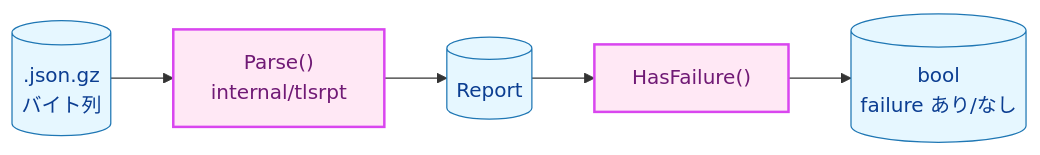
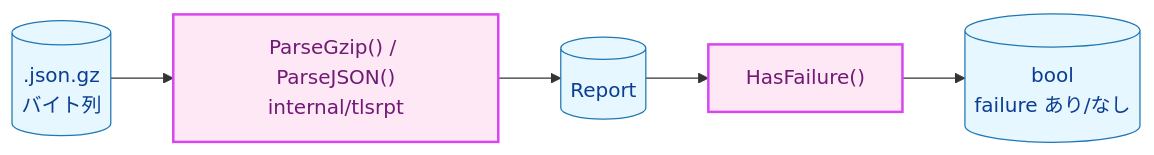
One commit to isseis/tlsrpt-digest changed the first of 7 diagrams in docs/tasks/0020_tlsrpt/02_architecture.md. Above: the diagram before and after it, drawn with Mermaid. The commit also changed other lines of this file and 1 other file, not shown here.

First line of the commit message:
docs(task 0020): fix stale Parse() references and test names in docs

````diff
--- a/docs/tasks/0020_tlsrpt/02_architecture.md
+++ b/docs/tasks/0020_tlsrpt/02_architecture.md
@@ -26,19 +26,19 @@
 ```mermaid
 flowchart LR
     classDef data fill:#e6f7ff,stroke:#1f77b4,stroke-width:1px,color:#0b3d91;
     classDef process fill:#fff1e6,stroke:#ff7f0e,stroke-width:1px,color:#8a3e00;
     classDef newpkg fill:#ffe8f5,stroke:#d946ef,stroke-width:2px,color:#701a75;
 
     GZ[(".json.gz<br>バイト列")]
-    PARSE["Parse()<br>internal/tlsrpt"]
+    PARSE["ParseGzip() / ParseJSON()<br>internal/tlsrpt"]
     RPT[("Report")]
     HF["HasFailure()"]
     RESULT[("bool<br>failure あり/なし")]
 
     GZ --> PARSE --> RPT --> HF --> RESULT
 
     class GZ data
     class RPT data
     class PARSE,HF newpkg
     class RESULT data
 ```
````
